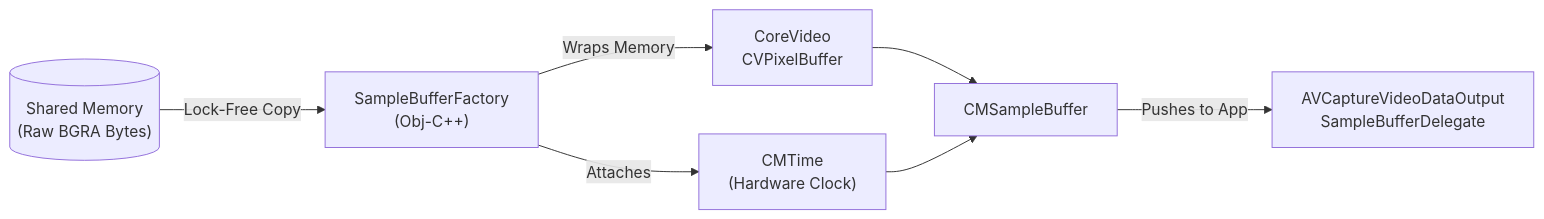
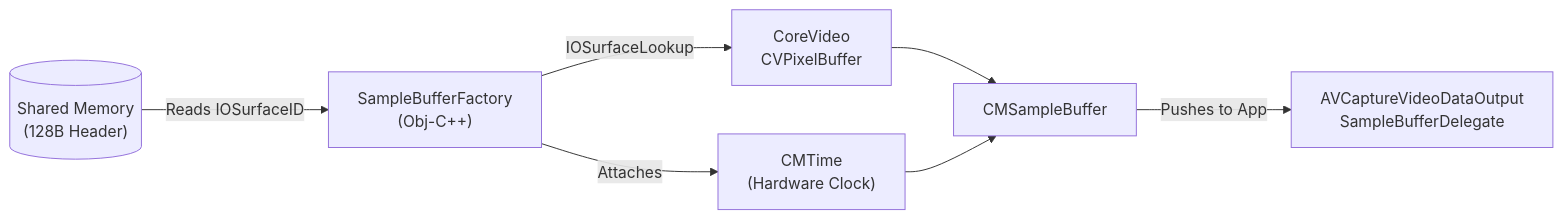
One commit to annurdien/sim-cli changed the fourth of 6 diagrams in docs/SIM_CAM_ARCHITECTURE.md. Above: the diagram before and after it, drawn with Mermaid. The commit also changed other lines of this file, not shown here.

Commit message:
docs: Update SIM_CAM_ARCHITECTURE to reflect IOSurface zero-copy implementation

````diff
--- a/docs/SIM_CAM_ARCHITECTURE.md
+++ b/docs/SIM_CAM_ARCHITECTURE.md
@@ -188,16 +190,16 @@
 ```mermaid
 flowchart LR
-    SHM[("Shared Memory<br>(Raw BGRA Bytes)")]
+    SHM[("Shared Memory<br>(128B Header)")]
     Factory["SampleBufferFactory<br>(Obj-C++)"]
     CVPixelBuffer["CoreVideo<br>CVPixelBuffer"]
     CMTime["CMTime<br>(Hardware Clock)"]
     CMSampleBuffer["CMSampleBuffer"]
     Delegate["AVCaptureVideoDataOutput<br>SampleBufferDelegate"]
 
-    SHM -- "Lock-Free Copy" --> Factory
-    Factory -- "Wraps Memory" --> CVPixelBuffer
+    SHM -- "Reads IOSurfaceID" --> Factory
+    Factory -- "IOSurfaceLookup" --> CVPixelBuffer
     Factory -- "Attaches" --> CMTime
     CVPixelBuffer --> CMSampleBuffer
     CMTime --> CMSampleBuffer
     CMSampleBuffer -- "Pushes to App" --> Delegate
 ```
````
